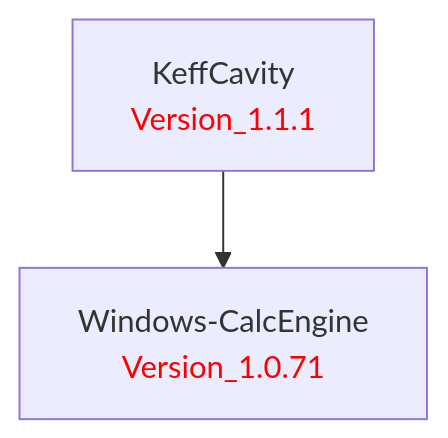
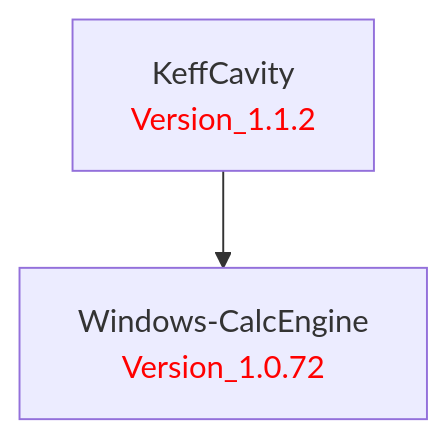
The diagram in doc/KeffCavity.md (LBNL-ETA/KeffCavity), drawn with Mermaid before and after one commit. The commit also changed 1 other file, not shown here.

Commit message:
Points to new version of WCE. No changes to this repo

````diff
--- a/doc/KeffCavity.md
+++ b/doc/KeffCavity.md
@@ -1,9 +1,9 @@
 ```mermaid
 graph TD
     %% Package definitions
-    KeffCavity[KeffCavity<br/><font color='red'>Version_1.1.1</font>]
-    WindowsCalcEngine[Windows-CalcEngine<br/><font color='red'>Version_1.0.71</font>]
+    KeffCavity[KeffCavity<br/><font color='red'>Version_1.1.2</font>]
+    WindowsCalcEngine[Windows-CalcEngine<br/><font color='red'>Version_1.0.72</font>]
 
     %% Package relations
     KeffCavity --> WindowsCalcEngine
 ```
````
